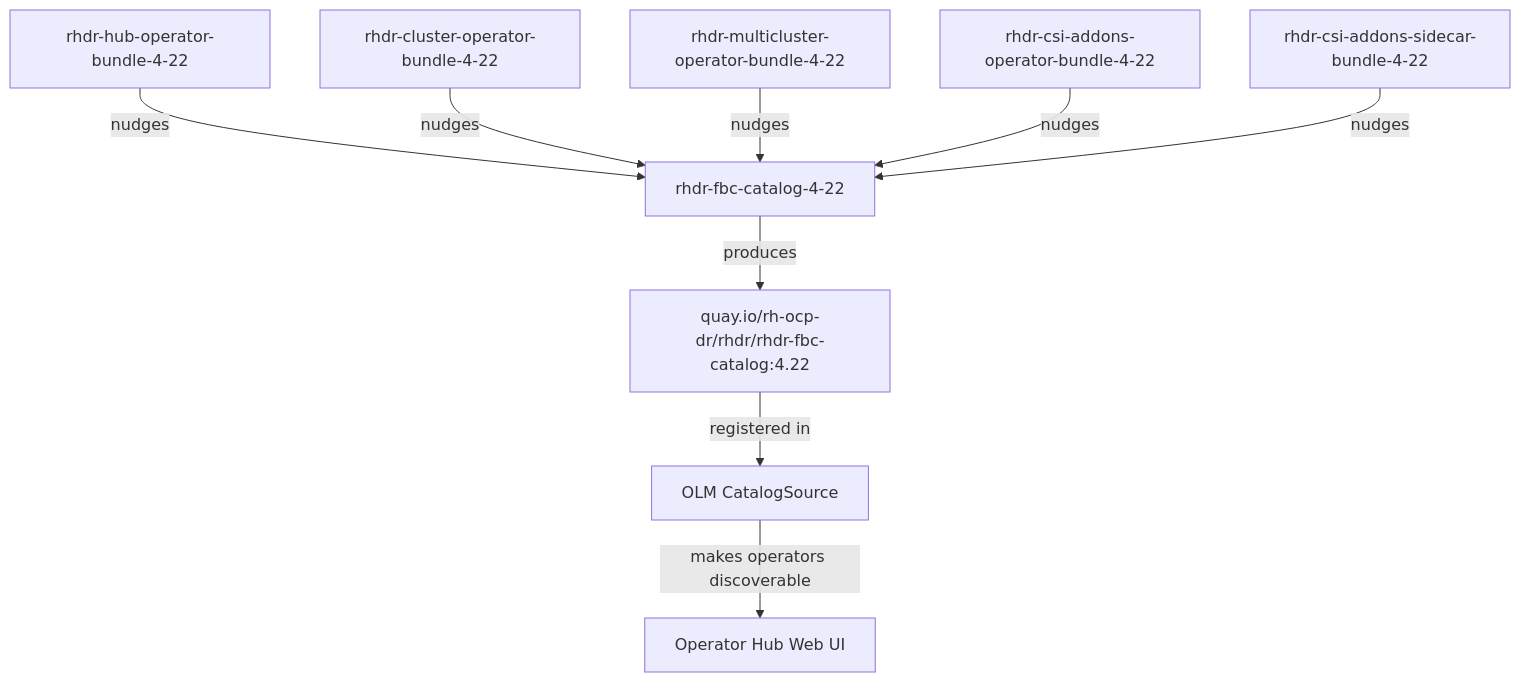
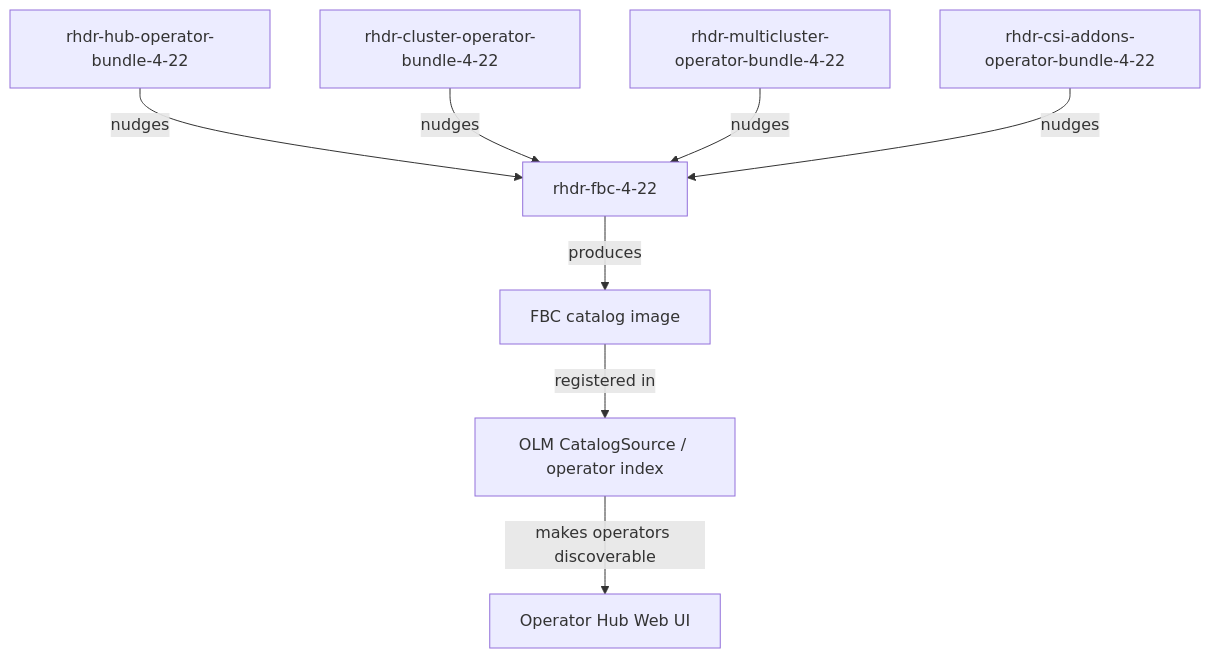
Before and after one commit to nadavleva/KonfluxBuildDocs: the diagram in CreateTenant/RHDRCatalog.md, drawn with Mermaid. The commit also changed other lines of this file and 3 other files, not shown here.

````diff
--- a/CreateTenant/RHDRCatalog.md
+++ b/CreateTenant/RHDRCatalog.md
@@ -98,11 +165,10 @@
 ```mermaid
 graph TD
-    A["rhdr-hub-operator-bundle-4-22"] -->|nudges| FBC["rhdr-fbc-catalog-4-22"]
+    A["rhdr-hub-operator-bundle-4-22"] -->|nudges| FBC["rhdr-fbc-4-22"]
     B["rhdr-cluster-operator-bundle-4-22"] -->|nudges| FBC
     C["rhdr-multicluster-operator-bundle-4-22"] -->|nudges| FBC
     D["rhdr-csi-addons-operator-bundle-4-22"] -->|nudges| FBC
-    E["rhdr-csi-addons-sidecar-bundle-4-22"] -->|nudges| FBC
-    FBC -->|produces| IMG["quay.io/rh-ocp-dr/rhdr/rhdr-fbc-catalog:4.22"]
-    IMG -->|registered in| OLMSRC["OLM CatalogSource"]
+    FBC -->|produces| IMG["FBC catalog image"]
+    IMG -->|registered in| OLMSRC["OLM CatalogSource / operator index"]
     OLMSRC -->|makes operators discoverable| WEBUI["Operator Hub Web UI"]
 ```
````
